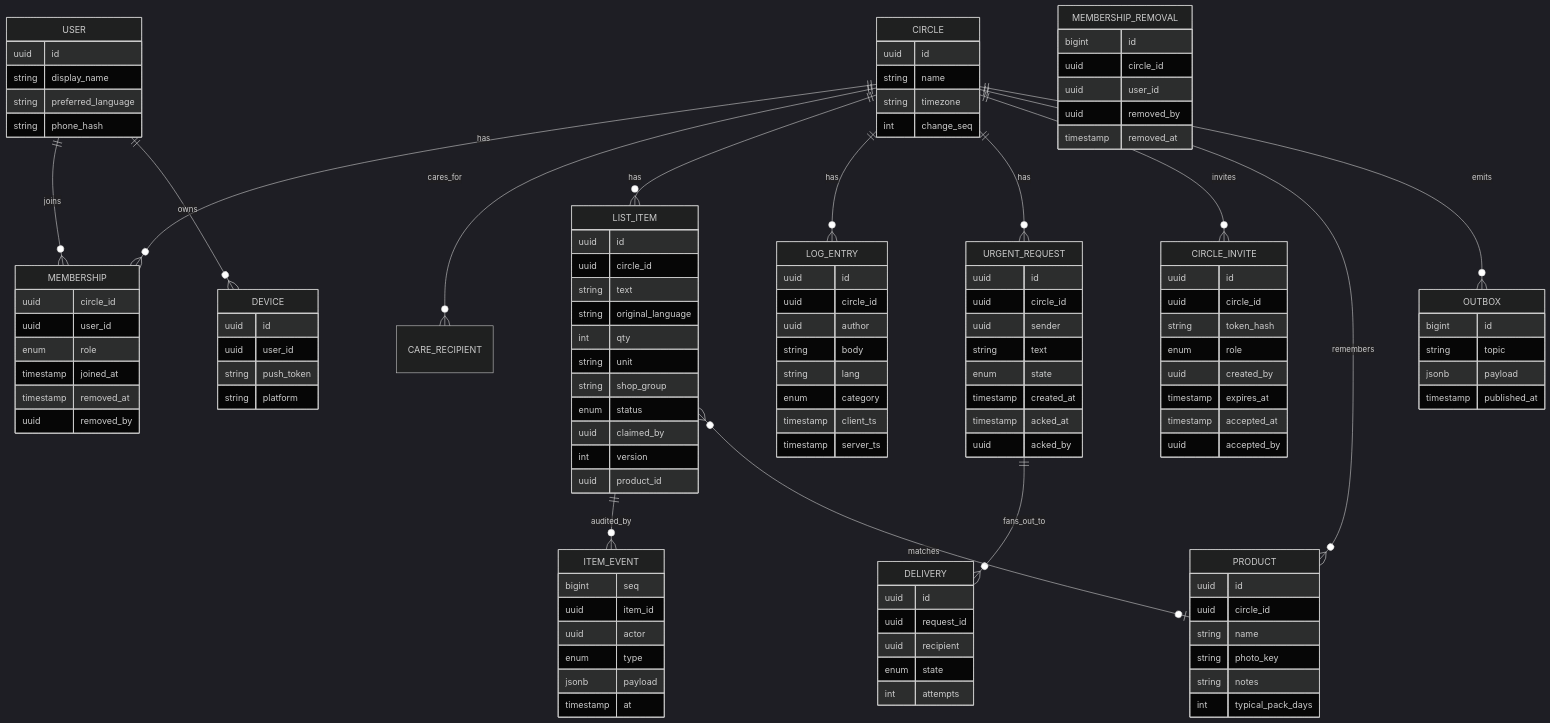
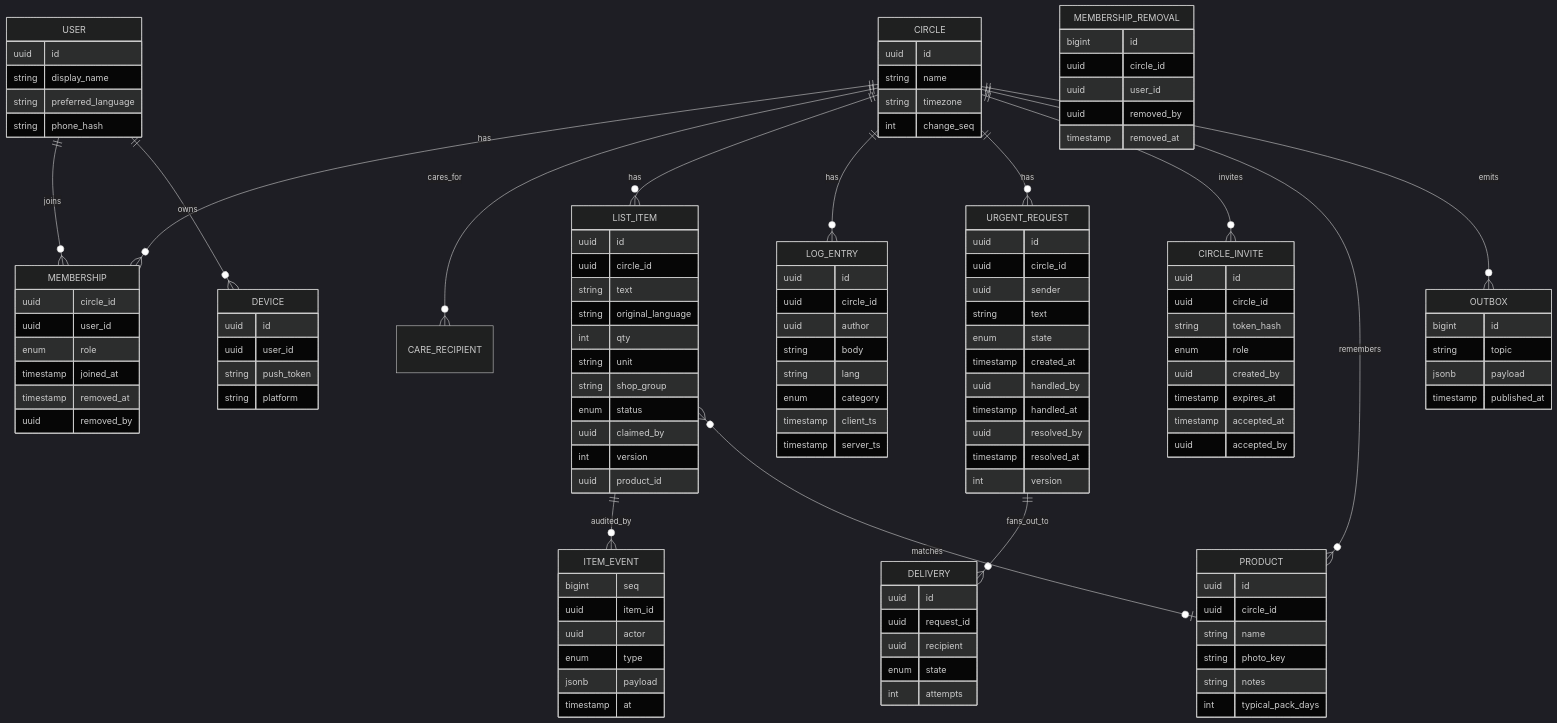
Before and after one commit to janani1992/caregiver: the second of 5 diagrams in docs/architecture.md, drawn with Mermaid (dark theme). The commit also changed other lines of this file and 12 other files, not shown here.

````diff
--- a/docs/architecture.md
+++ b/docs/architecture.md
@@ -99,30 +99,30 @@
 ```mermaid
 erDiagram
     CIRCLE ||--o{ MEMBERSHIP : has
     USER ||--o{ MEMBERSHIP : joins
     CIRCLE ||--o{ CARE_RECIPIENT : cares_for
     CIRCLE ||--o{ LIST_ITEM : has
     LIST_ITEM ||--o{ ITEM_EVENT : audited_by
     CIRCLE ||--o{ LOG_ENTRY : has
     CIRCLE ||--o{ URGENT_REQUEST : has
     URGENT_REQUEST ||--o{ DELIVERY : fans_out_to
     CIRCLE ||--o{ CIRCLE_INVITE : invites
     CIRCLE ||--o{ PRODUCT : remembers
     LIST_ITEM }o--o| PRODUCT : matches
     USER ||--o{ DEVICE : owns
     CIRCLE ||--o{ OUTBOX : emits
 
     CIRCLE { uuid id string name string timezone int change_seq }
     USER { uuid id string display_name string preferred_language string phone_hash }
     MEMBERSHIP { uuid circle_id uuid user_id enum role timestamp joined_at timestamp removed_at uuid removed_by }
     MEMBERSHIP_REMOVAL { bigint id uuid circle_id uuid user_id uuid removed_by timestamp removed_at }
     CIRCLE_INVITE { uuid id uuid circle_id string token_hash enum role uuid created_by timestamp expires_at timestamp accepted_at uuid accepted_by }
     LIST_ITEM { uuid id uuid circle_id string text string original_language int qty string unit string shop_group enum status uuid claimed_by int version uuid product_id }
     ITEM_EVENT { bigint seq uuid item_id uuid actor enum type jsonb payload timestamp at }
     LOG_ENTRY { uuid id uuid circle_id uuid author string body string lang enum category timestamp client_ts timestamp server_ts }
-    URGENT_REQUEST { uuid id uuid circle_id uuid sender string text enum state timestamp created_at timestamp acked_at uuid acked_by }
+    URGENT_REQUEST { uuid id uuid circle_id uuid sender string text enum state timestamp created_at uuid handled_by timestamp handled_at uuid resolved_by timestamp resolved_at int version }
     DELIVERY { uuid id uuid request_id uuid recipient enum state int attempts }
     PRODUCT { uuid id uuid circle_id string name string photo_key string notes int typical_pack_days }
     DEVICE { uuid id uuid user_id string push_token string platform }
     OUTBOX { bigint id string topic jsonb payload timestamp published_at }
 ```
````
